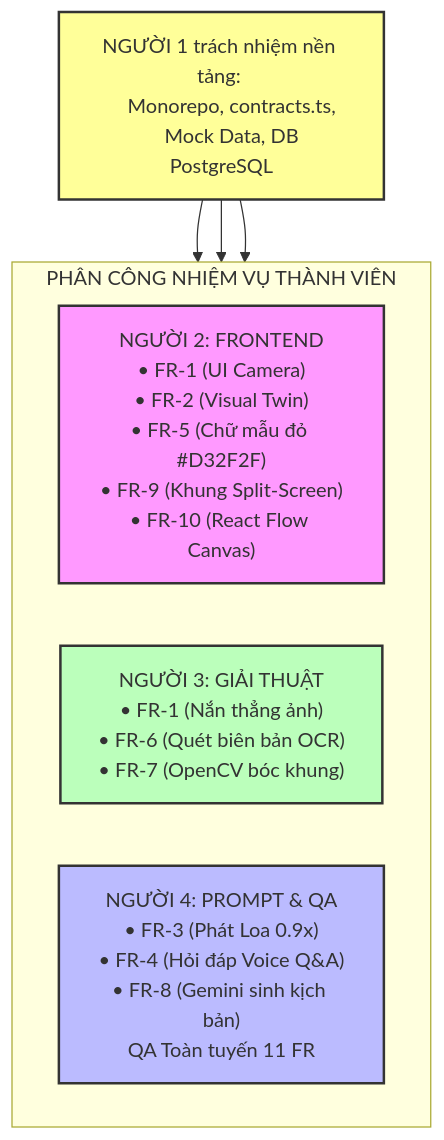
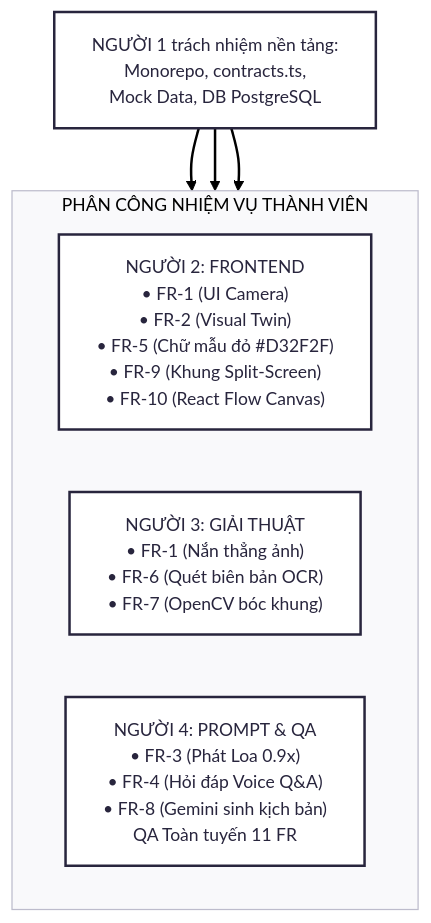
One commit to n22tk05/AFL-Platform changed the second of 2 diagrams in docs/WORKFLOW-PIPELINE.md. Above: the diagram before and after it, drawn with Mermaid. The commit also changed other lines of this file, not shown here.

Commit message:
Enhance workflow documentation with diagrams
Updated workflow documentation with flowcharts and responsibilities.

````diff
--- a/docs/WORKFLOW-PIPELINE.md
+++ b/docs/WORKFLOW-PIPELINE.md
@@ -57,22 +60,23 @@
 ```mermaid
+---
+config:
+  look: classic
+  theme: redux
+  fontFamily: '''Open Sans Variable'', sans-serif'
+---
 flowchart TD
     N1["NGƯỜI 1 trách nhiệm nền tảng: 
     Monorepo, contracts.ts,
      Mock Data, DB PostgreSQL"]
 
     subgraph TEAM ["PHÂN CÔNG NHIỆM VỤ THÀNH VIÊN"]
         direction LR
         N2["NGƯỜI 2: FRONTEND<br>• FR-1 (UI Camera)<br>• FR-2 (Visual Twin)<br>• FR-5 (Chữ mẫu đỏ #D32F2F)<br>• FR-9 (Khung Split-Screen)<br>• FR-10 (React Flow Canvas)"]
         N3["NGƯỜI 3: GIẢI THUẬT<br>• FR-1 (Nắn thẳng ảnh)<br>• FR-6 (Quét biên bản OCR)<br>• FR-7 (OpenCV bóc khung)"]
         N4["NGƯỜI 4: PROMPT & QA<br>• FR-3 (Phát Loa 0.9x)<br>• FR-4 (Hỏi đáp Voice Q&A)<br>• FR-8 (Gemini sinh kịch bản)<br>QA Toàn tuyến 11 FR"]
     end
 
     N1 --> N2
     N1 --> N3
     N1 --> N4
-
-    style N1 fill:#ff9,stroke:#333,stroke-width:2px
-    style N2 fill:#f9f,stroke:#333,stroke-width:2px
-    style N3 fill:#bfb,stroke:#333,stroke-width:2px
-    style N4 fill:#bbf,stroke:#333,stroke-width:2px
 ```
````
